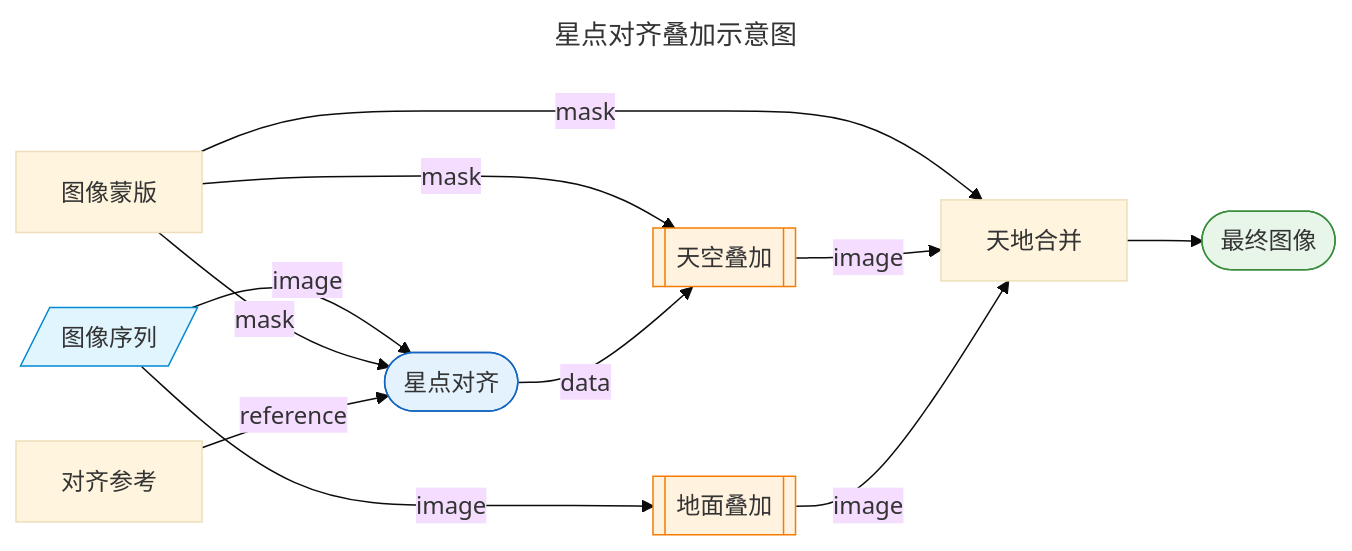
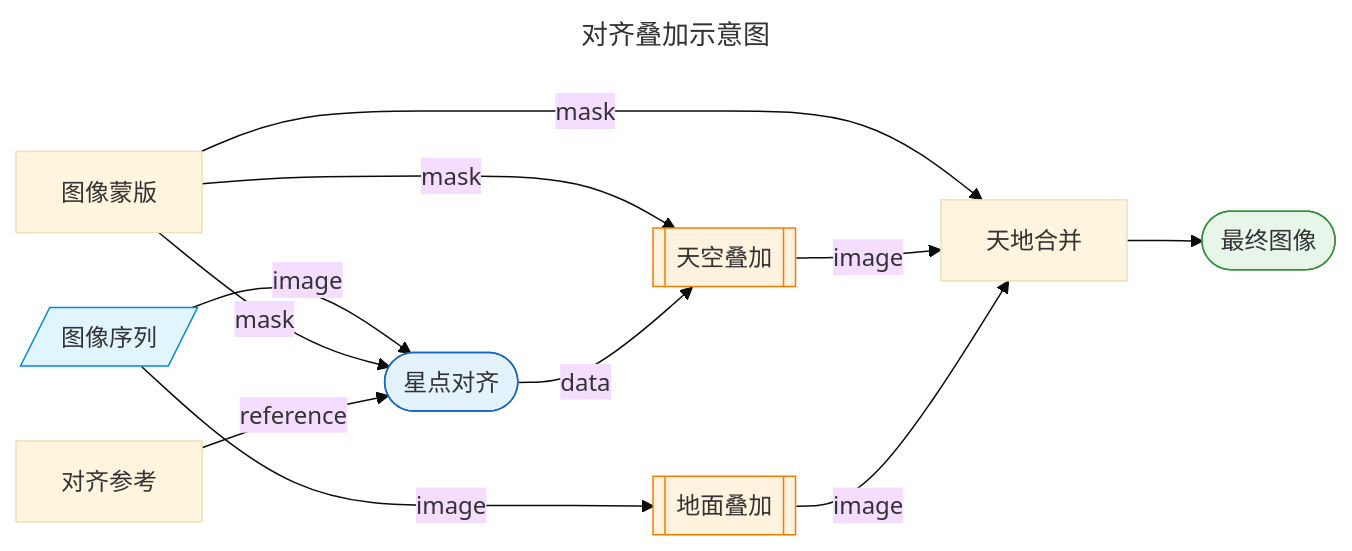
One commit to S-T-A-R-Laboratory/HoshinoWeaver changed the diagram in docs/manual/manual_cn.md. Above: the diagram before and after it, drawn with Mermaid (base theme). The commit also changed other lines of this file and 9 other files, not shown here.

````diff
--- a/docs/manual/manual_cn.md
+++ b/docs/manual/manual_cn.md
@@ -185,45 +206,45 @@
 ```mermaid
 ---
-title: 星点对齐叠加示意图
+title: 对齐叠加示意图
 ---
 flowchart LR
 
     %% Global Inputs
     图像序列[/"图像序列"/]
     class 图像序列 inputNode
 
     %% Nodes
     对齐参考["对齐参考"]
     星点对齐(["星点对齐"])
     class 星点对齐 mapNode
     天空叠加[["天空叠加"]]
     class 天空叠加 subDagNode
     地面叠加[["地面叠加"]]
     class 地面叠加 subDagNode
     天地合并["天地合并"]
 
     %% Global Outputs
     最终图像(["最终图像"])
     class 最终图像 outputNode
 
     %% Edges
     图像序列 -->|"image"| 星点对齐
     图像蒙版 -->|"mask"| 星点对齐
     图像蒙版 -->|"mask"| 天空叠加
     图像序列 -->|"image"| 地面叠加
     对齐参考 -->|"reference"| 星点对齐
     星点对齐 -->|"data"| 天空叠加
     图像蒙版 -->|"mask"| 天地合并
     天空叠加 -->|"image"| 天地合并
     地面叠加 -->|"image"| 天地合并
     天地合并 --> 最终图像
 
     %% Styles
     classDef inputNode fill:#e1f5fe,stroke:#0288d1
     classDef outputNode fill:#e8f5e9,stroke:#388e3c
     classDef subDagNode fill:#fff3e0,stroke:#f57c00
     classDef routeNode fill:#f3e5f5,stroke:#7b1fa2
     classDef mapNode fill:#e3f2fd,stroke:#1565c0
     classDef reduceNode fill:#fce4ec,stroke:#c62828
     classDef sinkNode fill:#efebe9,stroke:#4e342e
 ```
````
